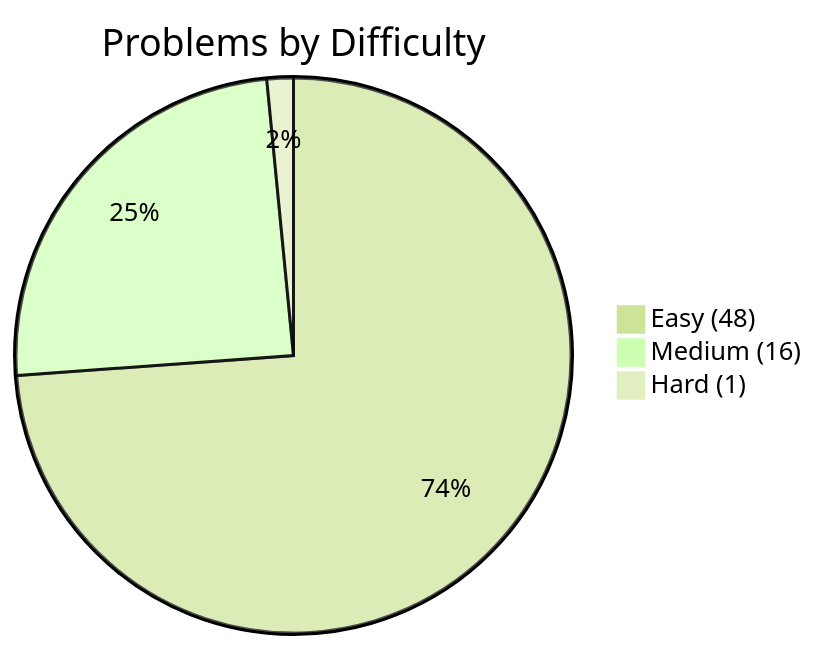
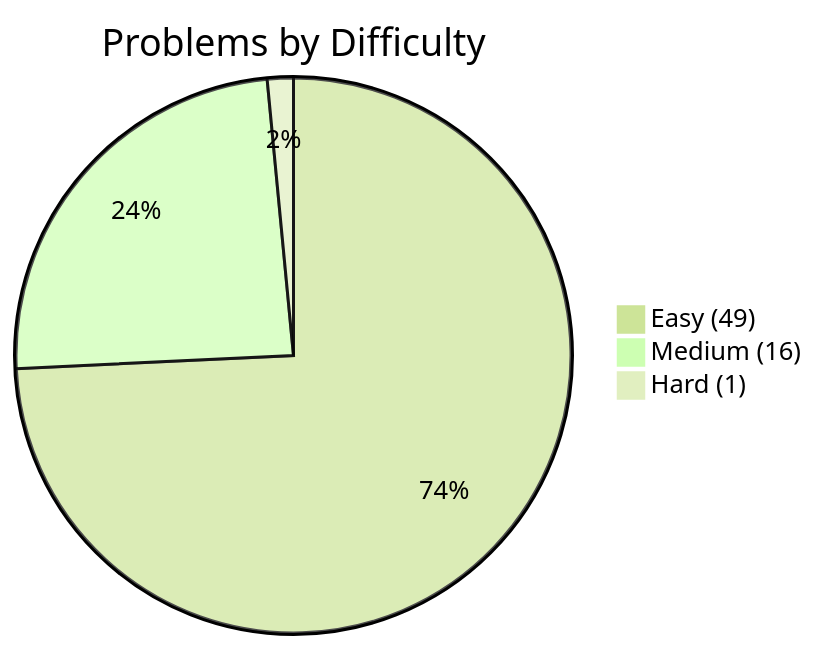
The first of 2 diagrams in PROGRESS.md (kanishk-procoder/leetcode-grind), drawn with Mermaid (forest theme) before and after one commit. The commit also changed other lines of this file and 4 other files, not shown here.

````diff
--- a/PROGRESS.md
+++ b/PROGRESS.md
@@ -5,6 +5,6 @@
 ```mermaid
 pie title Problems by Difficulty
-    "Easy (48)" : 48
+    "Easy (49)" : 49
     "Medium (16)" : 16
     "Hard (1)" : 1
 ```
````
